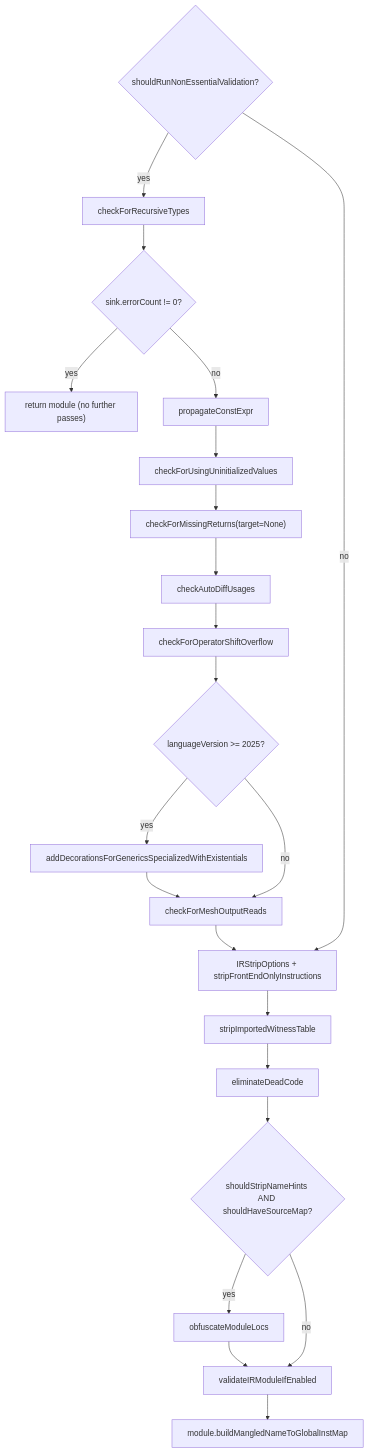
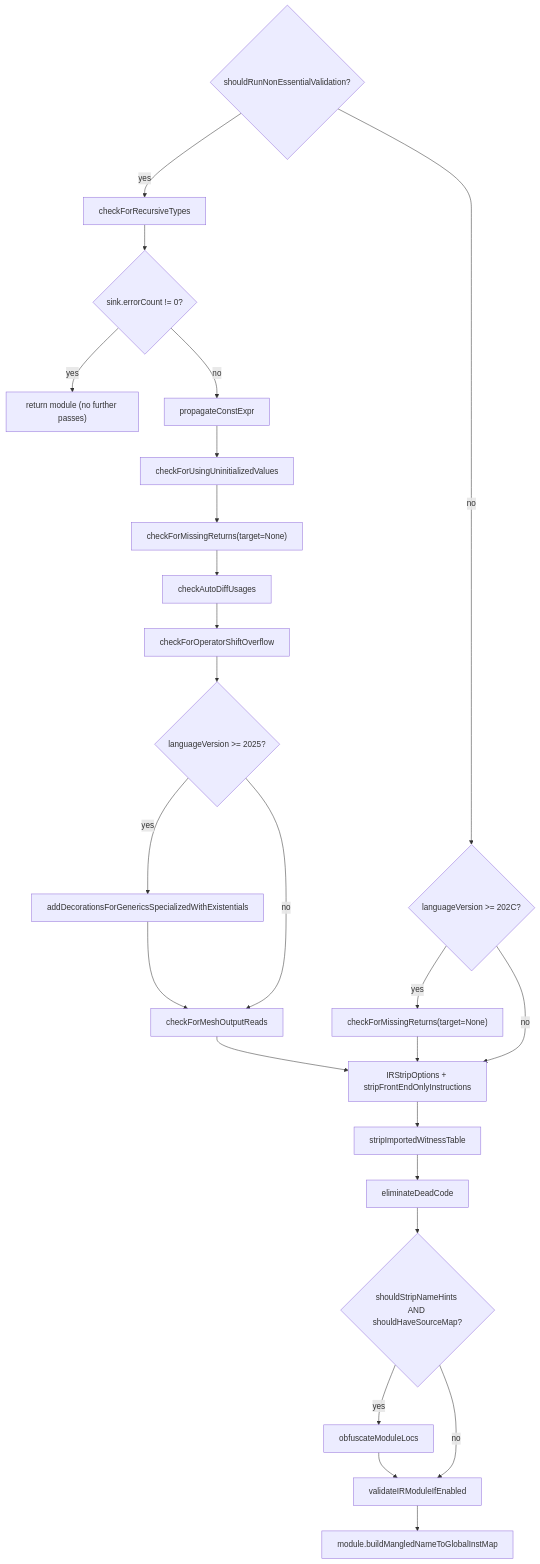
The fifth of 6 diagrams in docs/generated/design/pipeline/04b-pre-link-passes.md (shader-slang/slang), drawn with Mermaid before and after one commit. The commit also changed other lines of this file and 28 other files, not shown here.

````diff
--- a/docs/generated/design/pipeline/04b-pre-link-passes.md
+++ b/docs/generated/design/pipeline/04b-pre-link-passes.md
@@ -274,34 +273,38 @@
 ```mermaid
 flowchart TD
   neGate{"shouldRunNonEssentialValidation?"}
+  mrGate{"languageVersion >= 202C?"}
+  cmr2["checkForMissingReturns(target=None)"]
   crt[checkForRecursiveTypes]
   errGate{"sink.errorCount != 0?"}
   earlyExit["return module (no further passes)"]
   pce[propagateConstExpr]
   cuv[checkForUsingUninitializedValues]
   cmr["checkForMissingReturns(target=None)"]
   cau[checkAutoDiffUsages]
   cso[checkForOperatorShiftOverflow]
   lv2025{"languageVersion >= 2025?"}
   adge[addDecorationsForGenericsSpecializedWithExistentials]
   cmor[checkForMeshOutputReads]
   strip["IRStripOptions + stripFrontEndOnlyInstructions"]
   siwt[stripImportedWitnessTable]
   dceFinal[eliminateDeadCode]
   obGate{"shouldStripNameHints AND shouldHaveSourceMap?"}
   obfs[obfuscateModuleLocs]
   vMod[validateIRModuleIfEnabled]
   bmn[module.buildMangledNameToGlobalInstMap]
 
   neGate -- yes --> crt --> errGate
   errGate -- yes --> earlyExit
   errGate -- no --> pce --> cuv --> cmr --> cau --> cso --> lv2025
   lv2025 -- yes --> adge --> cmor
   lv2025 -- no --> cmor
   cmor --> strip
-  neGate -- no --> strip
+  neGate -- no --> mrGate
+  mrGate -- yes --> cmr2 --> strip
+  mrGate -- no --> strip
   strip --> siwt --> dceFinal --> obGate
   obGate -- yes --> obfs --> vMod
   obGate -- no --> vMod
   vMod --> bmn
 ```
````
